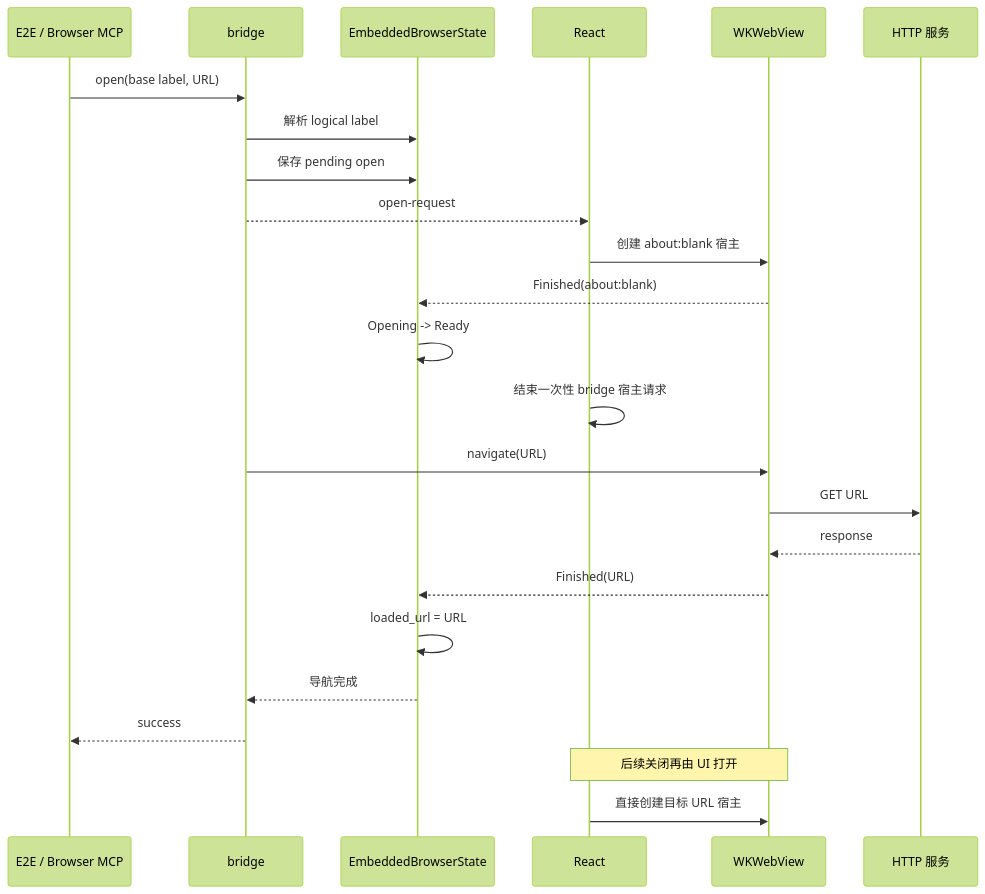
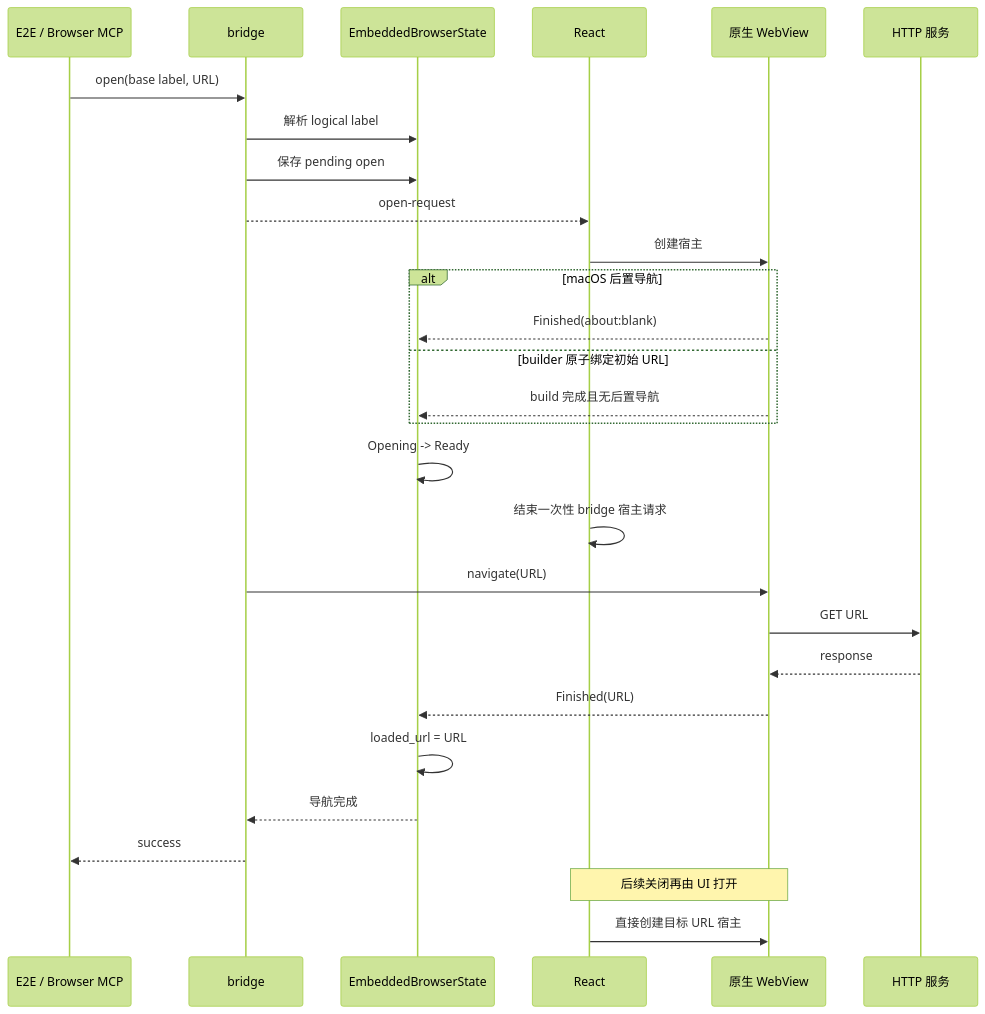
One commit to wecode-ai/Wegent changed the second of 2 diagrams in docs/zh/architecture/embedded-browser.md. Above: the diagram before and after it, drawn with Mermaid (forest theme). The commit also changed other lines of this file and 3 other files, not shown here.

````diff
--- a/docs/zh/architecture/embedded-browser.md
+++ b/docs/zh/architecture/embedded-browser.md
@@ -30,28 +31,32 @@
 ```mermaid
 sequenceDiagram
     participant C as E2E / Browser MCP
     participant B as bridge
     participant S as EmbeddedBrowserState
     participant R as React
-    participant W as WKWebView
+    participant W as 原生 WebView
     participant H as HTTP 服务
 
     C->>B: open(base label, URL)
     B->>S: 解析 logical label
     B->>S: 保存 pending open
     B-->>R: open-request
-    R->>W: 创建 about:blank 宿主
-    W-->>S: Finished(about:blank)
+    R->>W: 创建宿主
+    alt macOS 后置导航
+        W-->>S: Finished(about:blank)
+    else builder 原子绑定初始 URL
+        W-->>S: build 完成且无后置导航
+    end
     S->>S: Opening -> Ready
     R->>R: 结束一次性 bridge 宿主请求
     B->>W: navigate(URL)
     W->>H: GET URL
     H-->>W: response
     W-->>S: Finished(URL)
     S->>S: loaded_url = URL
     S-->>B: 导航完成
     B-->>C: success
 
     Note over R,W: 后续关闭再由 UI 打开
     R->>W: 直接创建目标 URL 宿主
 ```
````
